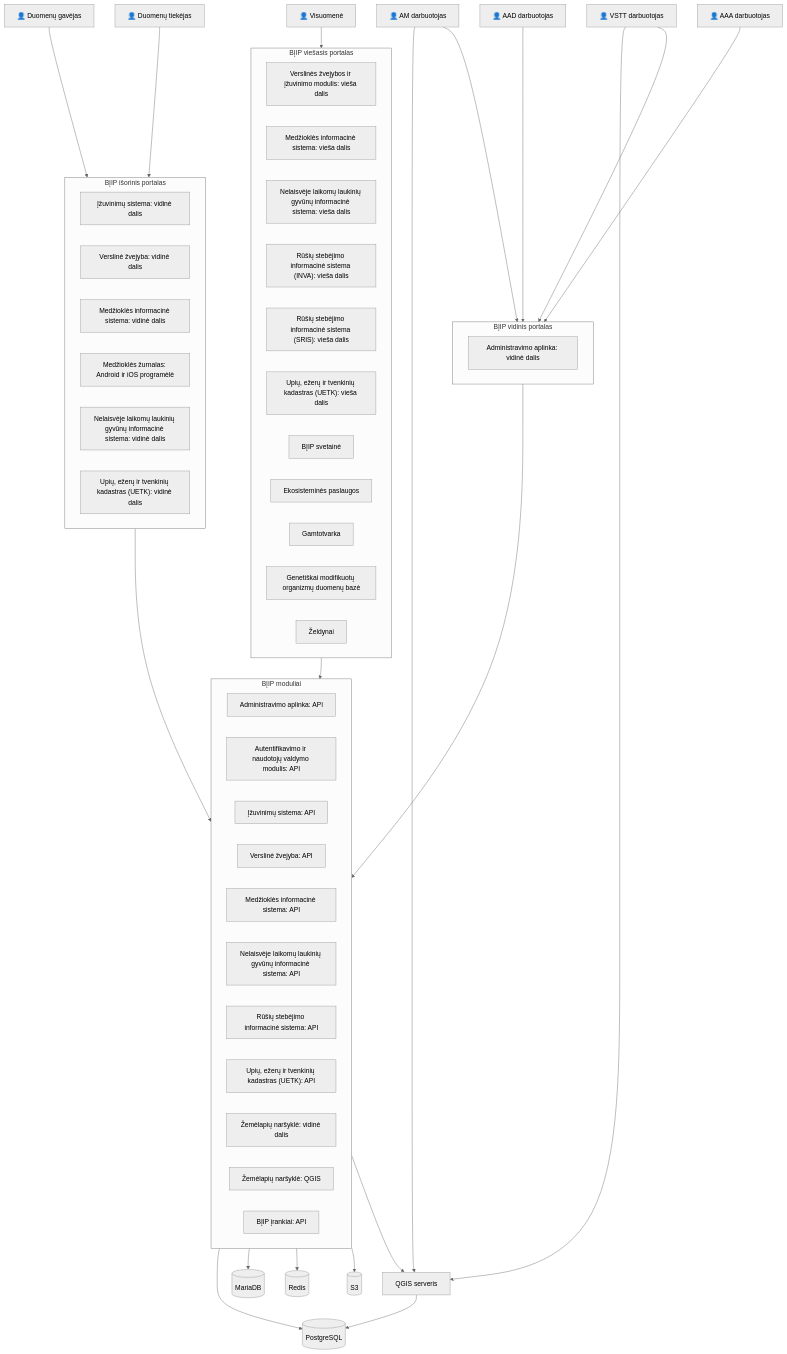
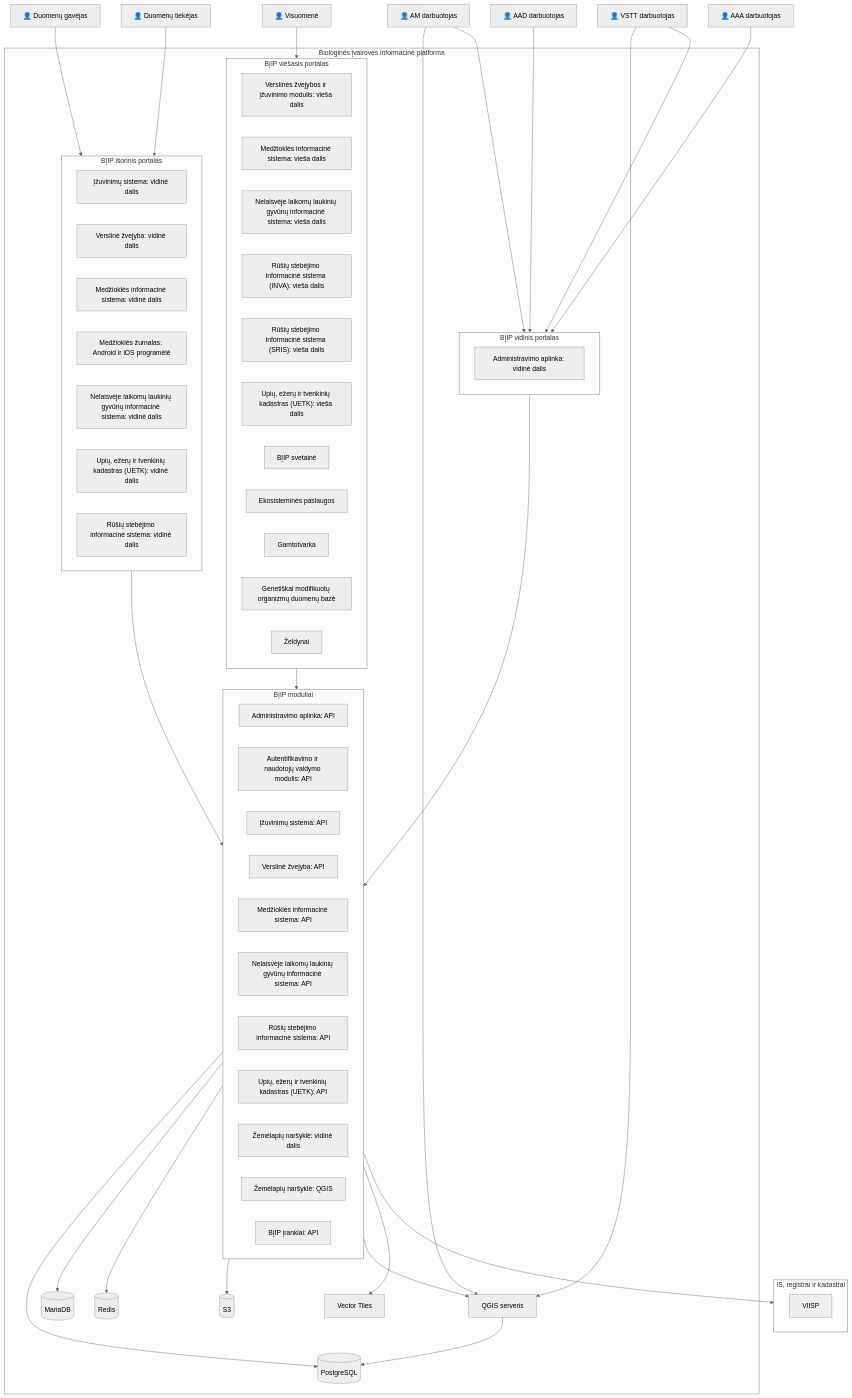
One commit to AplinkosMinisterija/biip-docs changed the diagram in src/schema.md. Above: the diagram before and after it, drawn with Mermaid (neutral theme).

```diff
--- a/src/schema.md
+++ b/src/schema.md
@@ -9,6 +9,7 @@
 tiekejas["👤 Duomenų gavėjas"]
 gavejas["👤 Duomenų tiekėjas"]
 
+subgraph "Biologinės įvairovės informacinė platforma"
 subgraph admin["BĮIP vidinis portalas"]
   biip_admin_web["Administravimo aplinka: vidinė dalis"]
 end
@@ -20,6 +21,7 @@
   biip_medziokle_mobile["Medžioklės žurnalas: Android ir iOS programėlė"]
   biip_gyvunai_web["Nelaisvėje laikomų laukinių gyvūnų informacinė sistema: vidinė dalis"]
   biip_uetk_web["Upių, ežerų ir tvenkinių kadastras (UETK): vidinė dalis"]
+  biip_rusys_web["Rūšių stebėjimo informacinė sistema: vidinė dalis"]
 end
 
 subgraph public["BĮIP viešasis portalas"]
@@ -55,7 +57,19 @@
 redis[("Redis")]
 s3[("S3")]
 qgis["QGIS serveris"]
+vt["Vector Tiles"]
+end
 
+subgraph remote["IS, registrai ir kadastrai"]
+    viisp["VIISP"]
+%%    alis["ALIS"]
+%%    adresu_registras["Adresų registras"]
+%%    sris_kadastras["Saugomų teritorijų kadastras"]
+%%    misku_kadastras["Miškų valstybės kadastras"]
+%%    geoportalas["Geoportalas"]
+%%    nekilnojamo_kadastras["Nekilnojamo turto kadastras"]
+%%    uetk["UETK"]
+end
 
 am --> qgis
 am --> admin
@@ -76,6 +90,8 @@
 api --> redis
 api --> s3
 api --> qgis
+api --> vt
+api --> remote
 
 qgis --> postgresql
 
```
